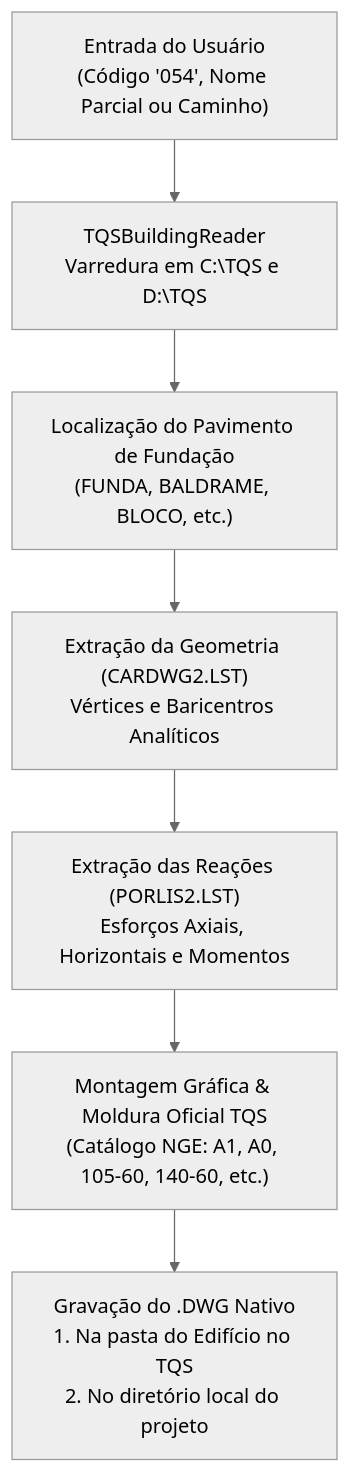
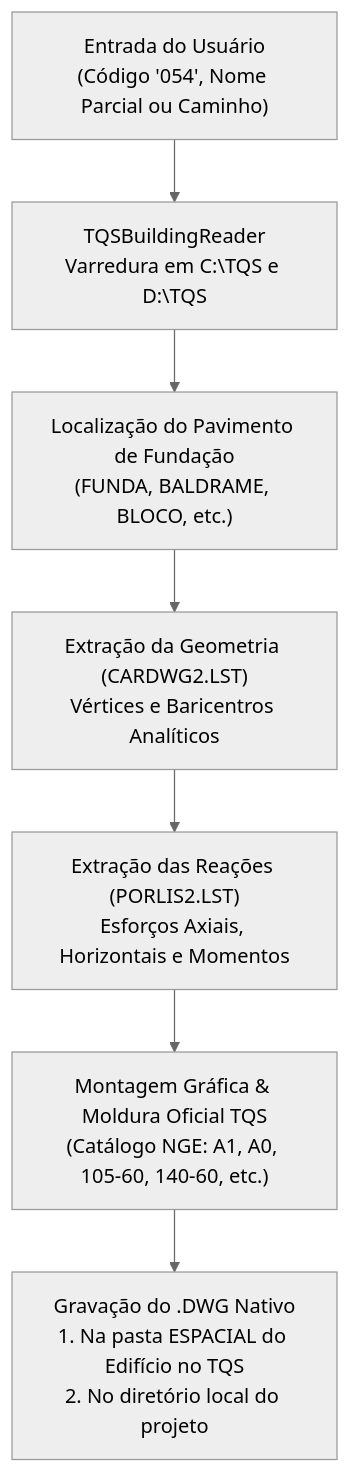
The diagram in README.md (FernandoBZG/AUTQS), drawn with Mermaid (neutral theme) before and after one commit. The commit also changed 8 other files, not shown here.

````diff
--- a/README.md
+++ b/README.md
@@ -39,9 +39,9 @@
 ```mermaid
 flowchart TD
     A["Entrada do Usuário<br/>(Código '054', Nome Parcial ou Caminho)"] --> B["TQSBuildingReader<br/>Varredura em C:\TQS e D:\TQS"]
     B --> C["Localização do Pavimento de Fundação<br/>(FUNDA, BALDRAME, BLOCO, etc.)"]
     C --> D["Extração da Geometria (CARDWG2.LST)<br/>Vértices e Baricentros Analíticos"]
     D --> E["Extração das Reações (PORLIS2.LST)<br/>Esforços Axiais, Horizontais e Momentos"]
     E --> F["Montagem Gráfica & Moldura Oficial TQS<br/>(Catálogo NGE: A1, A0, 105-60, 140-60, etc.)"]
-    F --> G["Gravação do .DWG Nativo<br/>1. Na pasta do Edifício no TQS<br/>2. No diretório local do projeto"]
+    F --> G["Gravação do .DWG Nativo<br/>1. Na pasta ESPACIAL do Edifício no TQS<br/>2. No diretório local do projeto"]
 ```
````
